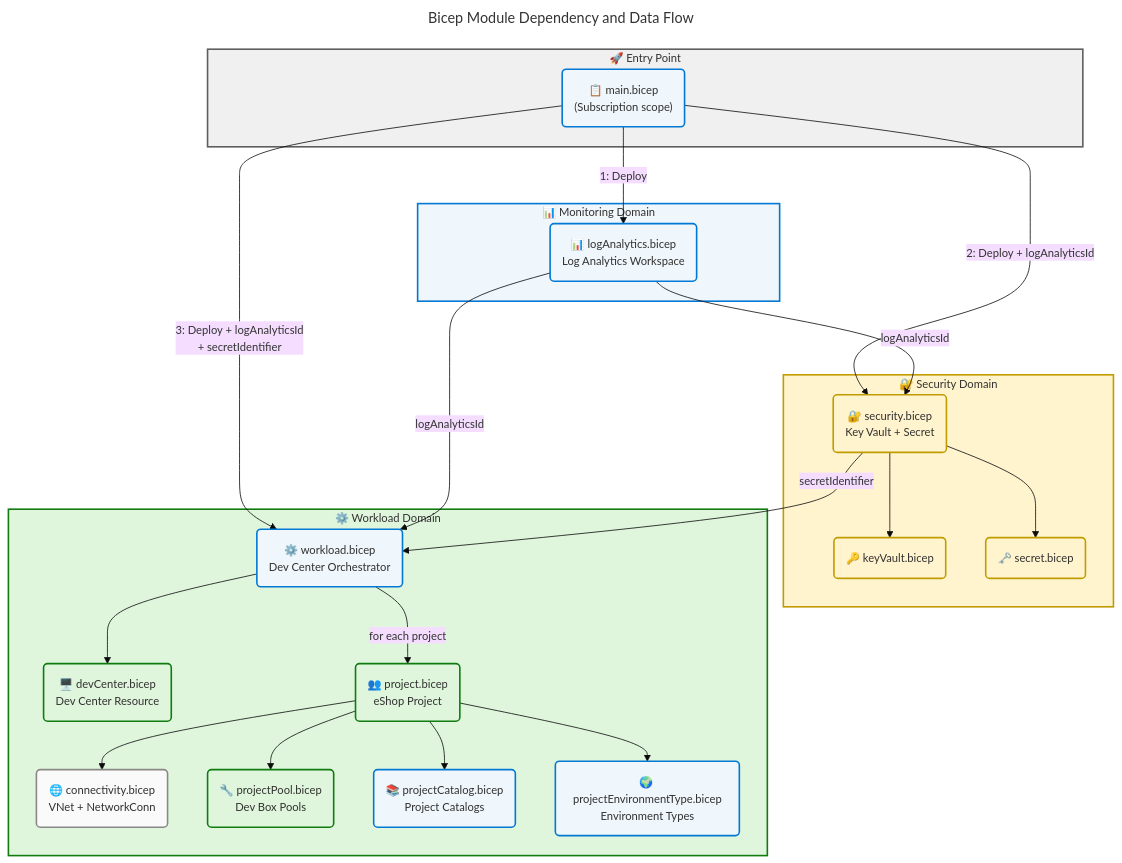
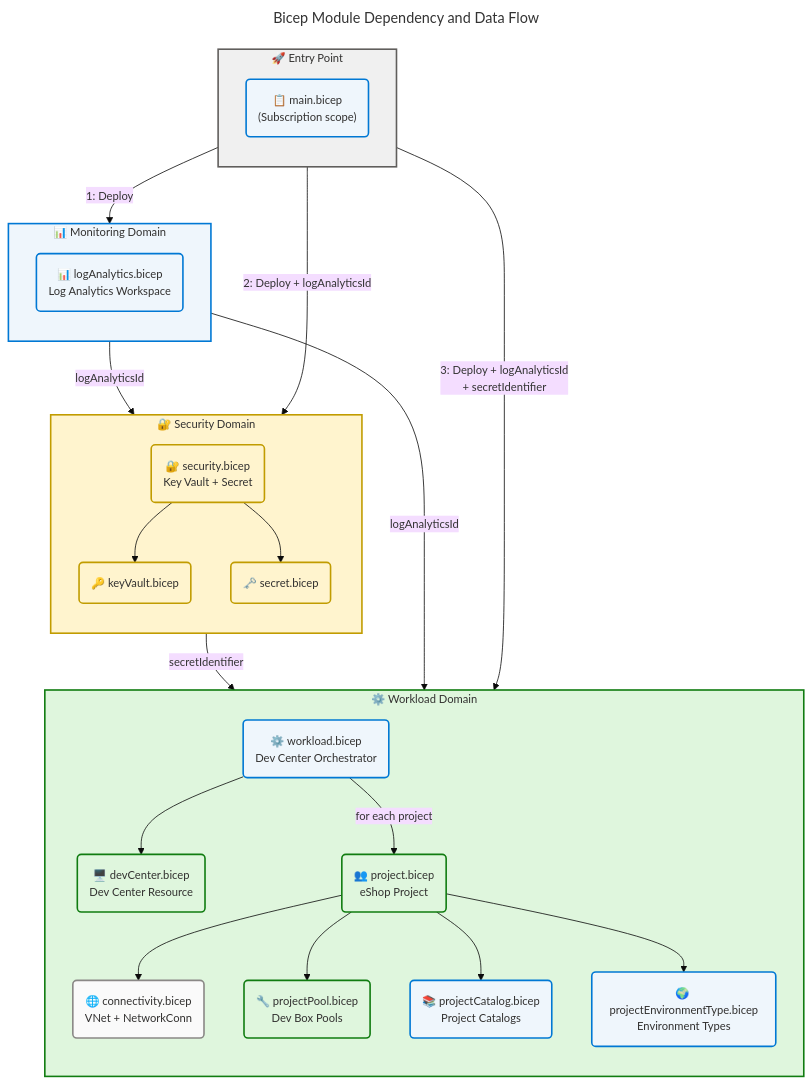
Before and after one commit to Evilazaro/DevExp-DevBox: the fifth of 6 diagrams in docs/architecture/bus-arch.md, drawn with Mermaid. The commit also changed other lines of this file, not shown here.

Commit message:
Add flow direction to architecture diagrams for improved clarity

````diff
--- a/docs/architecture/bus-arch.md
+++ b/docs/architecture/bus-arch.md
@@ -863,75 +873,79 @@
 ```mermaid
 ---
 title: Bicep Module Dependency and Data Flow
 config:
   theme: base
   look: classic
   layout: dagre
   themeVariables:
     fontSize: '14px'
   flowchart:
     htmlLabels: true
 ---
 flowchart TB
     accTitle: Bicep Module Dependency and Data Flow
     accDescr: Shows how main.bicep orchestrates three parallel module deployments (monitoring, security, workload) with sequential dependencies. Monitoring deploys first, security second using Log Analytics ID, and workload deploys last using both Log Analytics and Key Vault secret outputs.
 
     %% ═══════════════════════════════════════════════════════════════════════════
     %% AZURE / FLUENT ARCHITECTURE PATTERN v2.0
     %% ═══════════════════════════════════════════════════════════════════════════
     %% PHASE 1 - FLUENT UI: All styling uses approved Fluent UI palette only
     %% PHASE 2 - GROUPS: Every subgraph has semantic color via style directive
     %% PHASE 3 - COMPONENTS: Every node has semantic classDef + icon prefix
     %% PHASE 4 - ACCESSIBILITY: accTitle/accDescr present, WCAG AA contrast
     %% PHASE 5 - STANDARD: Governance block present, classDefs centralized
     %% ═══════════════════════════════════════════════════════════════════════════
 
     subgraph ENTRY["🚀 Entry Point"]
+        direction TB
         main("📋 main.bicep<br/>(Subscription scope)"):::info
     end
 
     subgraph MON["📊 Monitoring Domain"]
+        direction TB
         la("📊 logAnalytics.bicep<br/>Log Analytics Workspace"):::info
     end
 
     subgraph SEC["🔐 Security Domain"]
+        direction TB
         sec("🔐 security.bicep<br/>Key Vault + Secret"):::warning
         kv("🔑 keyVault.bicep"):::warning
         secret("🗝️ secret.bicep"):::warning
     end
 
     subgraph WORK["⚙️ Workload Domain"]
+        direction TB
         wl("⚙️ workload.bicep<br/>Dev Center Orchestrator"):::info
         dc("🖥️ devCenter.bicep<br/>Dev Center Resource"):::success
         proj("👥 project.bicep<br/>eShop Project"):::success
         conn("🌐 connectivity.bicep<br/>VNet + NetworkConn"):::neutral
         pool("🔧 projectPool.bicep<br/>Dev Box Pools"):::success
         cat("📚 projectCatalog.bicep<br/>Project Catalogs"):::info
         env("🌍 projectEnvironmentType.bicep<br/>Environment Types"):::info
     end
 
     main -->|"1: Deploy"| la
     main -->|"2: Deploy + logAnalyticsId"| sec
     main -->|"3: Deploy + logAnalyticsId<br/>+ secretIdentifier"| wl
     sec --> kv
     sec --> secret
     la -->|"logAnalyticsId"| sec
     la -->|"logAnalyticsId"| wl
     sec -->|"secretIdentifier"| wl
     wl --> dc
     wl -->|"for each project"| proj
     proj --> conn
     proj --> pool
     proj --> cat
     proj --> env
 
     style ENTRY fill:#F0F0F0,stroke:#605E5C,stroke-width:2px,color:#323130
     style MON fill:#EFF6FC,stroke:#0078D4,stroke-width:2px,color:#323130
     style SEC fill:#FFF4CE,stroke:#C19C00,stroke-width:2px,color:#323130
     style WORK fill:#DFF6DD,stroke:#107C10,stroke-width:2px,color:#323130
 
     classDef success fill:#DFF6DD,stroke:#107C10,stroke-width:2px,color:#323130
     classDef info fill:#EFF6FC,stroke:#0078D4,stroke-width:2px,color:#323130
     classDef warning fill:#FFF4CE,stroke:#C19C00,stroke-width:2px,color:#323130
     classDef neutral fill:#FAFAFA,stroke:#8A8886,stroke-width:2px,color:#323130
 ```
````
